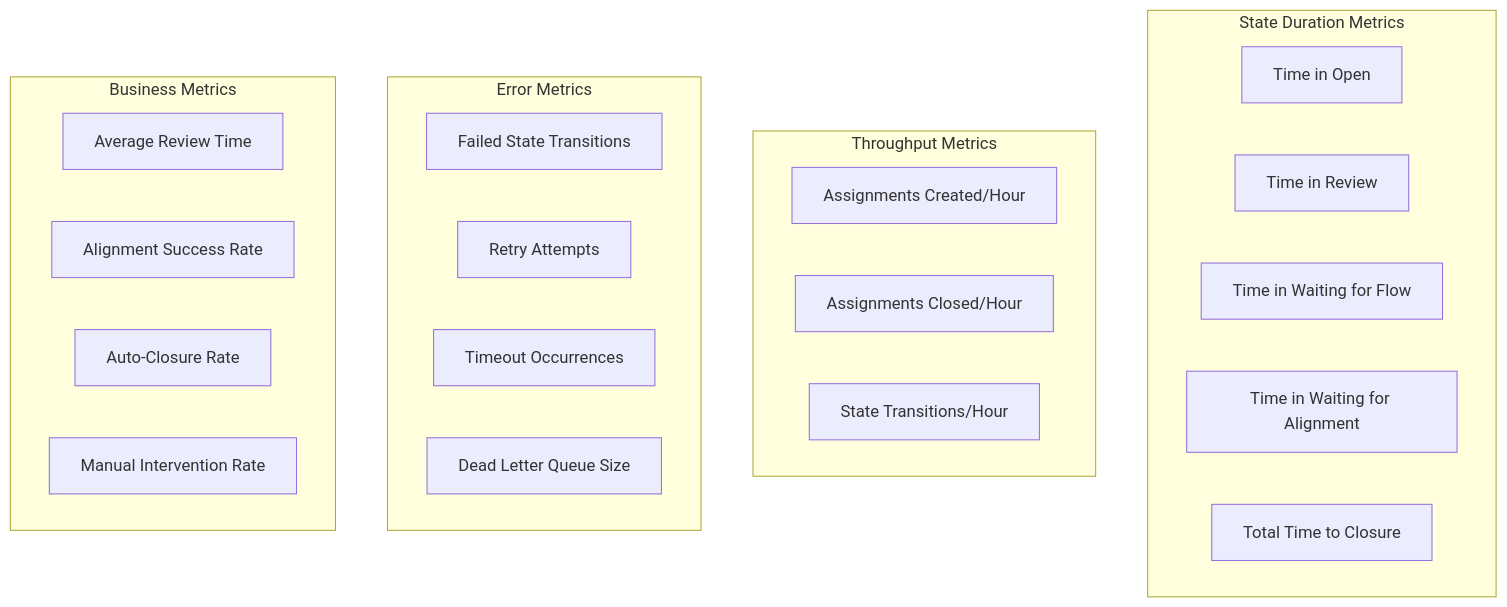
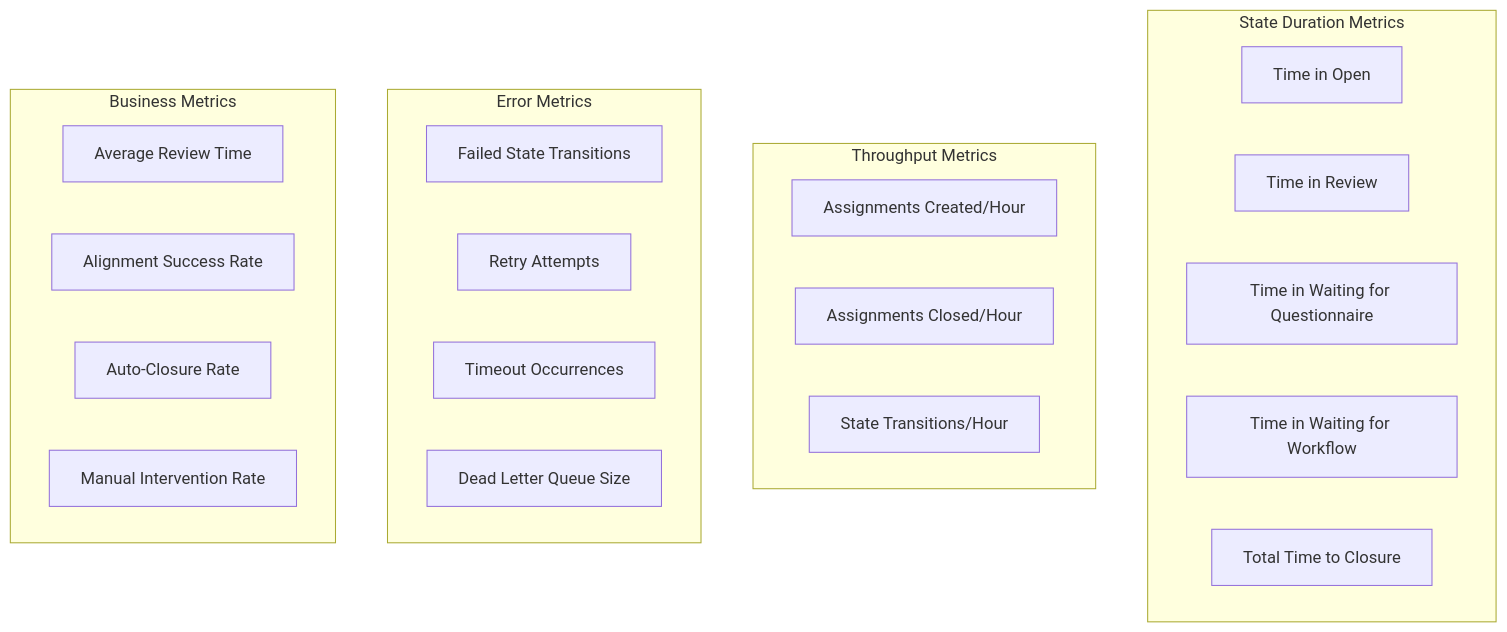
Before and after one commit to neon-law-foundation/Harness: the ninth of 9 diagrams in ASSIGNED_NOTATION_STATE_MACHINE.md, drawn with Mermaid. The commit also changed other lines of this file and 3 other files, not shown here.

First line of the commit message:
docs: update flow→questionnaire, alignment→workflow in docs and examples

````diff
--- a/ASSIGNED_NOTATION_STATE_MACHINE.md
+++ b/ASSIGNED_NOTATION_STATE_MACHINE.md
@@ -825,30 +825,30 @@
 ```mermaid
 graph TB
     subgraph "State Duration Metrics"
         A[Time in Open]
         B[Time in Review]
-        C[Time in Waiting for Flow]
-        D[Time in Waiting for Alignment]
+        C[Time in Waiting for Questionnaire]
+        D[Time in Waiting for Workflow]
         E[Total Time to Closure]
     end
 
     subgraph "Throughput Metrics"
         F[Assignments Created/Hour]
         G[Assignments Closed/Hour]
         H[State Transitions/Hour]
     end
 
     subgraph "Error Metrics"
         I[Failed State Transitions]
         J[Retry Attempts]
         K[Timeout Occurrences]
         L[Dead Letter Queue Size]
     end
 
     subgraph "Business Metrics"
         M[Average Review Time]
         N[Alignment Success Rate]
         O[Auto-Closure Rate]
         P[Manual Intervention Rate]
     end
 ```
````
